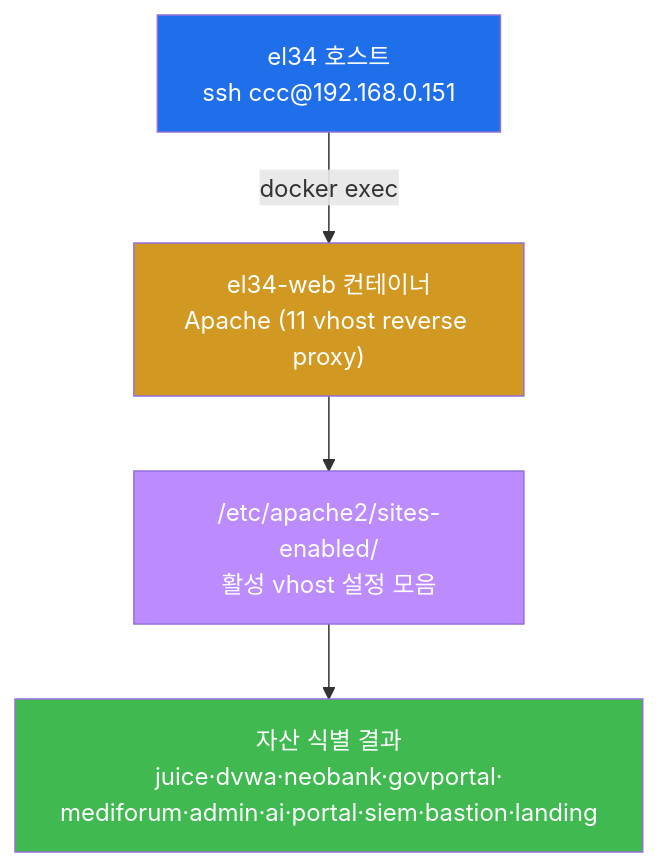
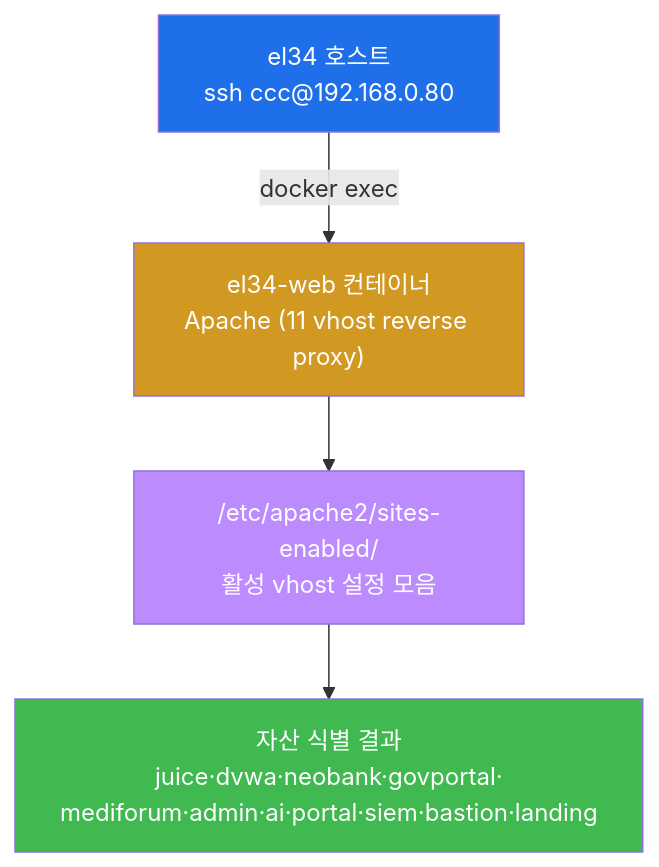
Before and after one commit to mrgrit/tw2: the fourth of 8 diagrams in contents/training/compliance/lecture_week03.md, drawn with Mermaid. The commit also changed other lines of this file and 119 other files, not shown here.

````diff
--- a/contents/training/compliance/lecture_week03.md
+++ b/contents/training/compliance/lecture_week03.md
@@ -242,12 +242,12 @@
 ```mermaid
 graph TD
-    HOST["el34 호스트<br/>ssh ccc@192.168.0.151"]
+    HOST["el34 호스트<br/>ssh ccc@192.168.0.80"]
     WEB["el34-web 컨테이너<br/>Apache (11 vhost reverse proxy)"]
     DIR["/etc/apache2/sites-enabled/<br/>활성 vhost 설정 모음"]
     LIST["자산 식별 결과<br/>juice·dvwa·neobank·govportal·<br/>mediforum·admin·ai·portal·siem·bastion·landing"]
     HOST -->|docker exec| WEB --> DIR --> LIST
     style HOST fill:#1f6feb,color:#fff
     style WEB fill:#d29922,color:#fff
     style DIR fill:#bc8cff,color:#fff
     style LIST fill:#3fb950,color:#fff
 ```
````
